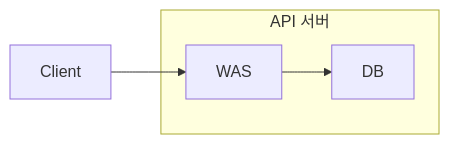
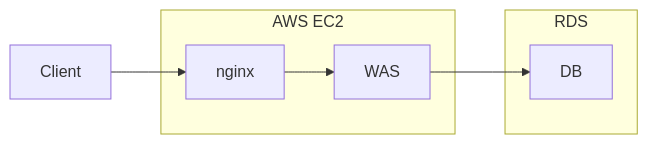
Before and after one commit to Hansanghyun-github/TIL: the first of 5 diagrams in practice/메인 API 성능 개선.md, drawn with Mermaid. The commit also changed other lines of this file, not shown here.

Commit message:
add detailed explanation to Improving Main API Performance doc

````diff
--- a/practice/메인 API 성능 개선.md
+++ b/practice/메인 API 성능 개선.md
@@ -9,10 +9,15 @@
 ```mermaid
 graph LR
-    Client --> WAS
+    Client --> nginx
+    nginx --> WAS
     WAS --> DB
     
-    subgraph API 서버
+    subgraph AWS EC2
         WAS
+        nginx
+    end
+    
+    subgraph RDS 
         DB
     end
 ```
````
